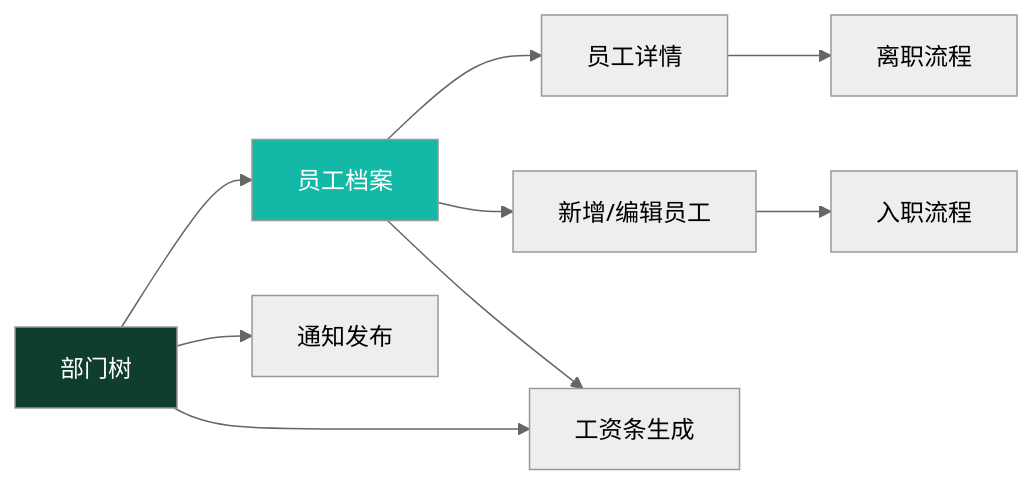
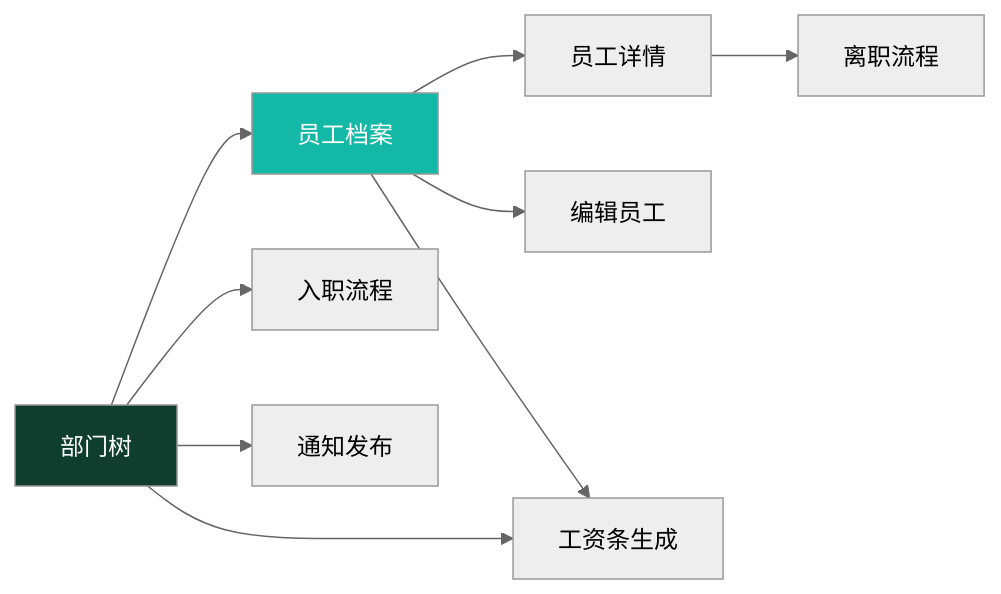
Before and after one commit to BruceChu0424/utenelec_imp: the diagram in docs/03-页面/Phase2-人事端总览.md, drawn with Mermaid (neutral theme). The commit also changed other lines of this file and 1614 other files, not shown here.

````diff
--- a/docs/03-页面/Phase2-人事端总览.md
+++ b/docs/03-页面/Phase2-人事端总览.md
@@ -37,14 +40,14 @@
 ```mermaid
 flowchart LR
     Dept[部门树] --> Emp[员工档案]
     Emp --> EmpDetail[员工详情]
-    Emp --> EmpEdit[新增/编辑员工]
-    EmpEdit --> Onboard[入职流程]
+    Emp --> EmpEdit[编辑员工]
+    Dept --> Onboard[入职流程]
     EmpDetail --> Offboard[离职流程]
     Emp --> Payroll[工资条生成]
     Dept --> Payroll
     Dept --> Notice[通知发布]
 
     style Dept fill:#0F3D2E,color:#fff
     style Emp fill:#14B8A6,color:#fff
 ```
````
